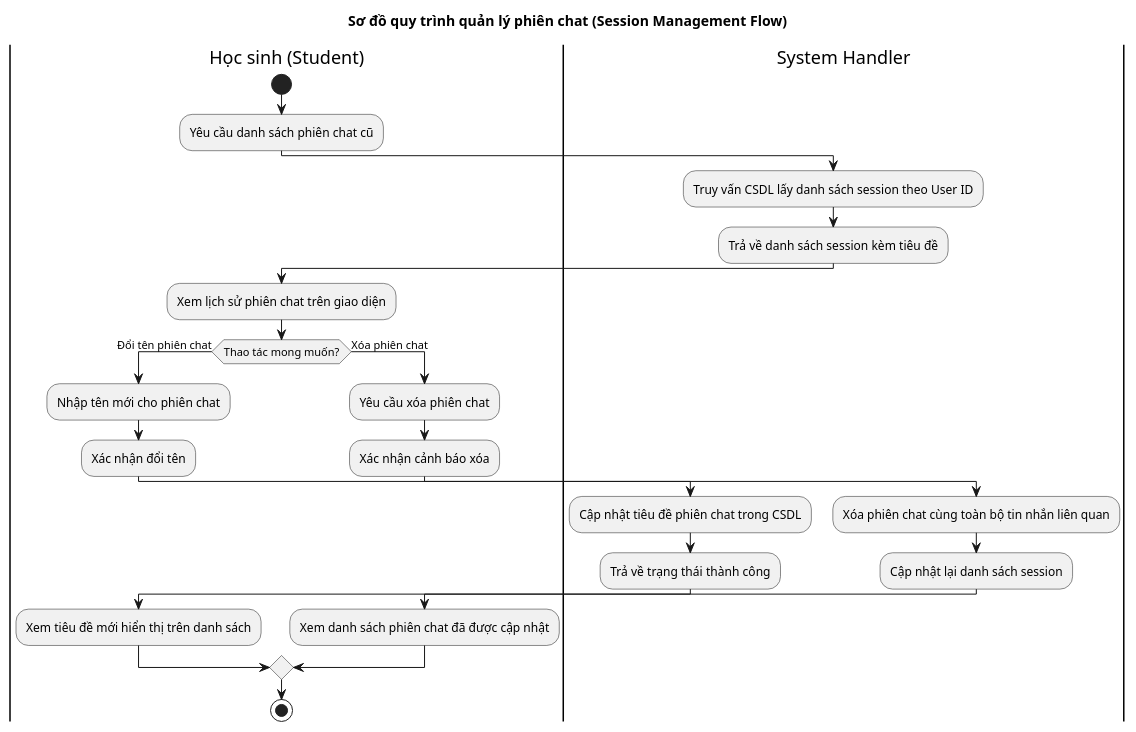
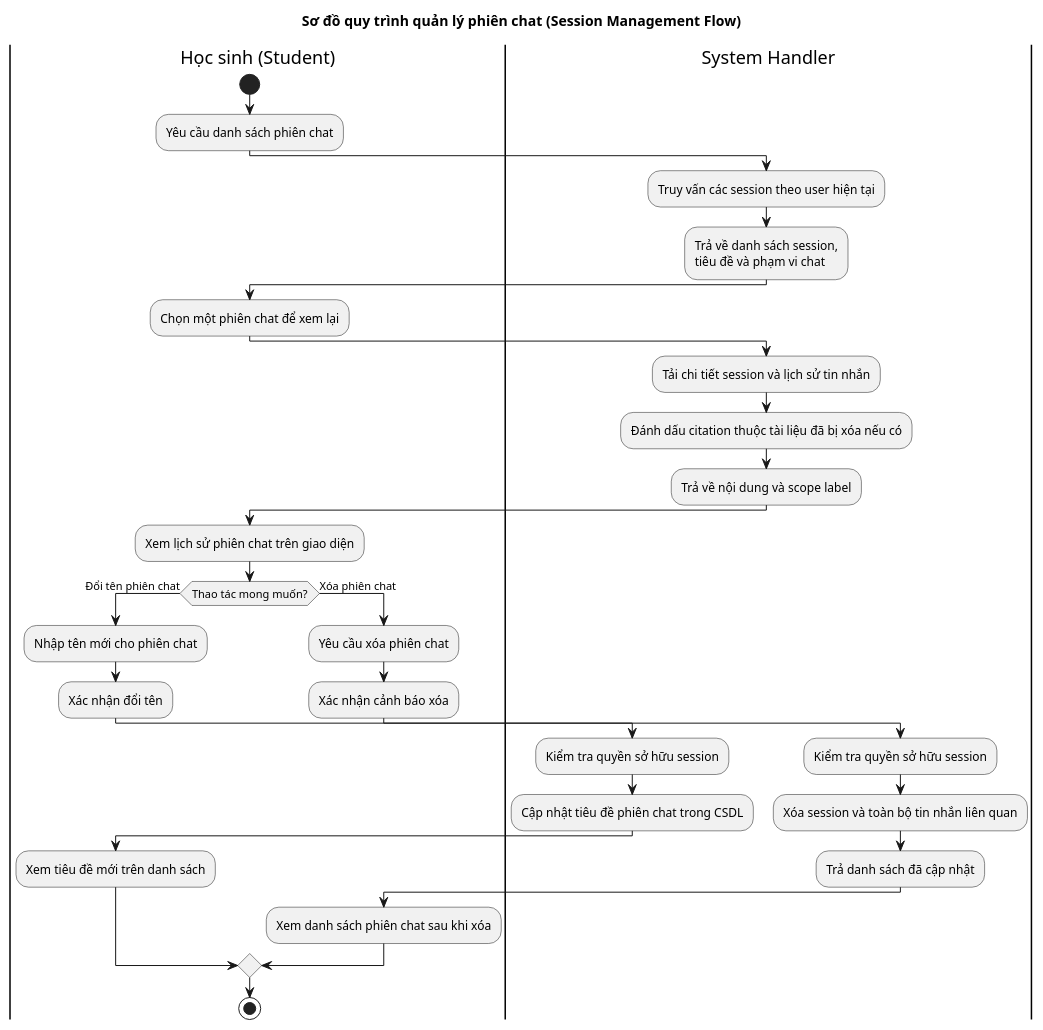
Before and after one commit to lgdlong/chatbot-rag-fptu: the diagram in docs/srs/flow-session-management.puml, drawn with PlantUML. The commit also changed 19 other files, not shown here.

Commit message:
docs(srs): cập nhật luồng chat, tài liệu và gói dịch vụ

```diff
--- a/docs/srs/flow-session-management.puml
+++ b/docs/srs/flow-session-management.puml
@@ -1,34 +1,42 @@
 @startuml
 title Sơ đồ quy trình quản lý phiên chat (Session Management Flow)
 
 |Học sinh (Student)|
 start
-:Yêu cầu danh sách phiên chat cũ;
+:Yêu cầu danh sách phiên chat;
 
 |System Handler|
-:Truy vấn CSDL lấy danh sách session theo User ID;
-:Trả về danh sách session kèm tiêu đề;
+:Truy vấn các session theo user hiện tại;
+:Trả về danh sách session,\ntiêu đề và phạm vi chat;
+
+|Học sinh (Student)|
+:Chọn một phiên chat để xem lại;
+
+|System Handler|
+:Tải chi tiết session và lịch sử tin nhắn;
+:Đánh dấu citation thuộc tài liệu đã bị xóa nếu có;
+:Trả về nội dung và scope label;
 
 |Học sinh (Student)|
 :Xem lịch sử phiên chat trên giao diện;
 if (Thao tác mong muốn?) then (Đổi tên phiên chat)
   :Nhập tên mới cho phiên chat;
   :Xác nhận đổi tên;
   |System Handler|
+  :Kiểm tra quyền sở hữu session;
   :Cập nhật tiêu đề phiên chat trong CSDL;
-  :Trả về trạng thái thành công;
   |Học sinh (Student)|
-  :Xem tiêu đề mới hiển thị trên danh sách;
+  :Xem tiêu đề mới trên danh sách;
 else (Xóa phiên chat)
-  |Học sinh (Student)|
   :Yêu cầu xóa phiên chat;
   :Xác nhận cảnh báo xóa;
   |System Handler|
-  :Xóa phiên chat cùng toàn bộ tin nhắn liên quan;
-  :Cập nhật lại danh sách session;
+  :Kiểm tra quyền sở hữu session;
+  :Xóa session và toàn bộ tin nhắn liên quan;
+  :Trả danh sách đã cập nhật;
   |Học sinh (Student)|
-  :Xem danh sách phiên chat đã được cập nhật;
+  :Xem danh sách phiên chat sau khi xóa;
 endif
 
 stop
 @enduml
```
